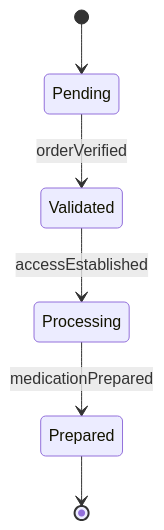
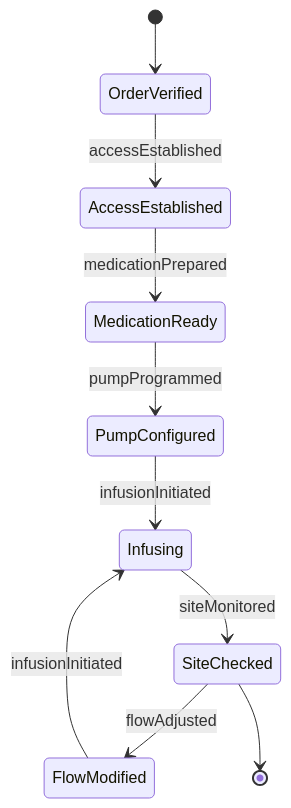
Before and after one commit to dot-org-ai/tasks.org.ai: the second of 4 diagrams in AssistingAndCaringForOthers/AdministerBasicHealthCareOrMedicalTreatments/AdministerIntravenousMedications.mdx, drawn with Mermaid. The commit also changed other lines of this file and 32 other files, not shown here.

First line of the commit message:
fix: Improve ER and State diagrams in 32 AssistingAndCaringForOthers DWA files

````diff
--- a/AssistingAndCaringForOthers/AdministerBasicHealthCareOrMedicalTreatments/AdministerIntravenousMedications.mdx
+++ b/AssistingAndCaringForOthers/AdministerBasicHealthCareOrMedicalTreatments/AdministerIntravenousMedications.mdx
@@ -99,8 +99,12 @@
 ```mermaid
 stateDiagram-v2
-    [*] --> Pending
-    Pending --> Validated : orderVerified
-    Validated --> Processing : accessEstablished
-    Processing --> Prepared : medicationPrepared
-    Prepared --> [*]
+    [*] --> OrderVerified
+    OrderVerified --> AccessEstablished : accessEstablished
+    AccessEstablished --> MedicationReady : medicationPrepared
+    MedicationReady --> PumpConfigured : pumpProgrammed
+    PumpConfigured --> Infusing : infusionInitiated
+    Infusing --> SiteChecked : siteMonitored
+    SiteChecked --> FlowModified : flowAdjusted
+    FlowModified --> Infusing : infusionInitiated
+    SiteChecked --> [*]
 ```
````
